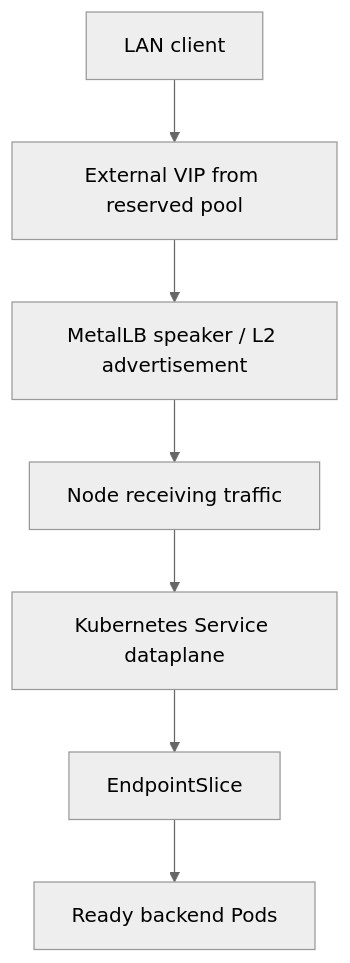
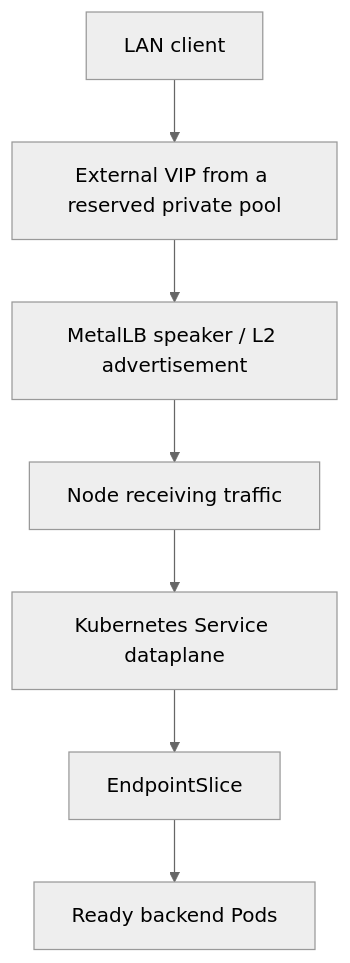
One commit to Rash499/kubernetes-cluster-lab changed the fourth of 8 diagrams in diagrams/README.md. Above: the diagram before and after it, drawn with Mermaid (neutral theme). The commit also changed other lines of this file, not shown here.

Commit message:
Mask private LAN IP addresses in public lab docs

````diff
--- a/diagrams/README.md
+++ b/diagrams/README.md
@@ -57,9 +57,9 @@
 ```mermaid
 flowchart TB
-  Client["LAN client"] --> VIP["External VIP from reserved pool"]
+  Client["LAN client"] --> VIP["External VIP from a reserved private pool"]
   VIP --> L2["MetalLB speaker / L2 advertisement"]
   L2 --> Node["Node receiving traffic"]
   Node --> Svc["Kubernetes Service dataplane"]
   Svc --> EPS["EndpointSlice"]
   EPS --> Pods["Ready backend Pods"]
 ```
````
